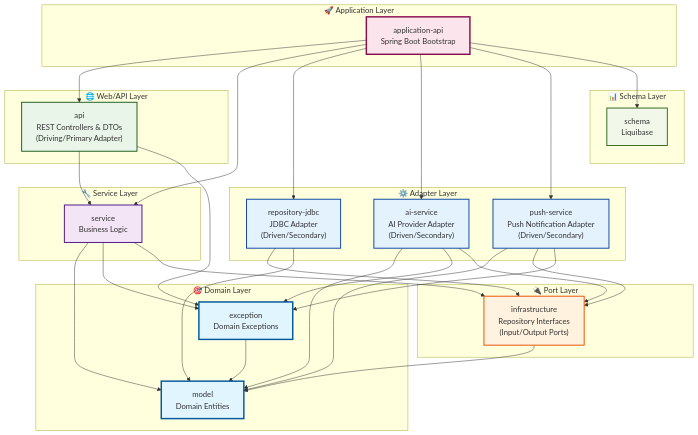
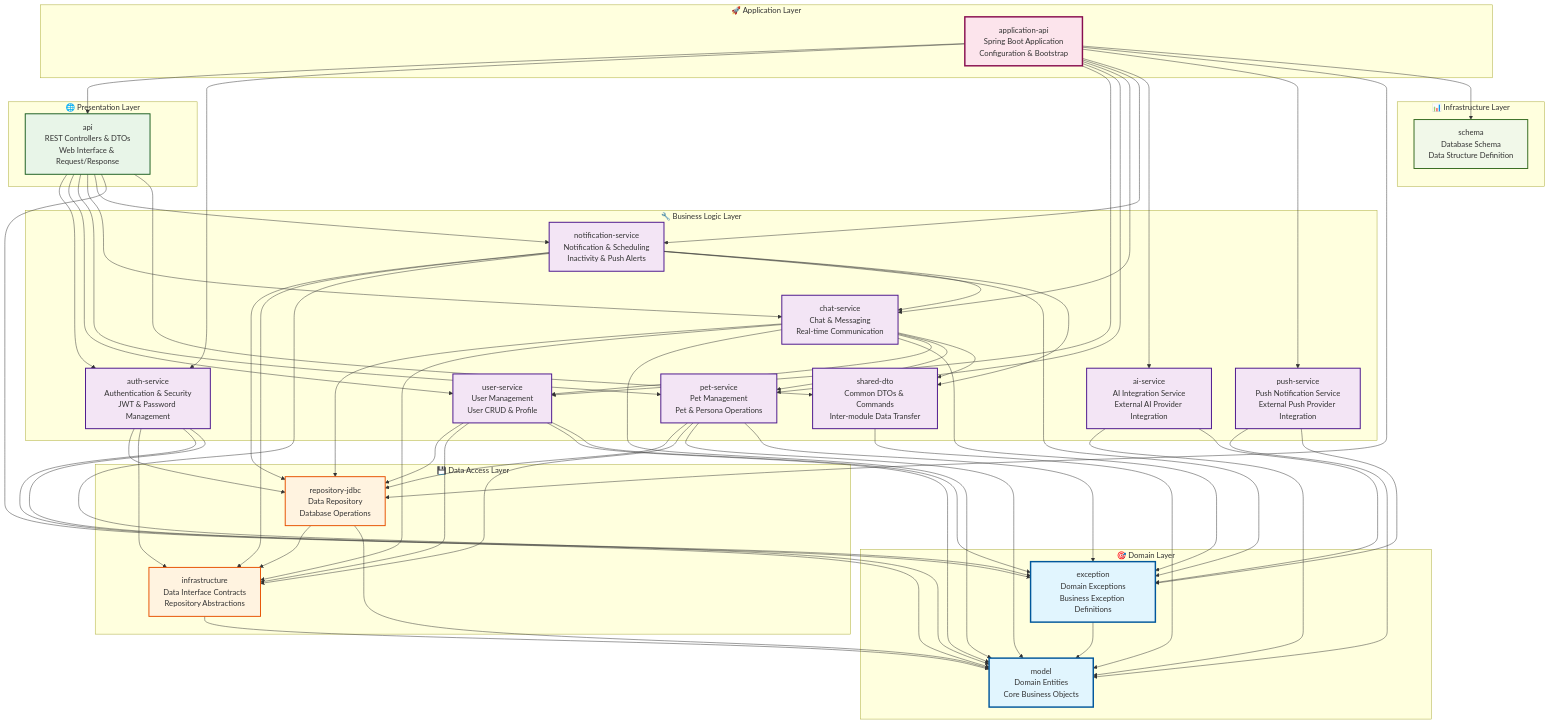
One commit to puppy-talk/puppy-talk-server changed the first of 2 diagrams in docs/module-dependency-diagram.md. Above: the diagram before and after it, drawn with Mermaid. The commit also changed other lines of this file and 6 other files, not shown here.

First line of the commit message:
docs: Add comprehensive layered architecture documentation

````diff
--- a/docs/module-dependency-diagram.md
+++ b/docs/module-dependency-diagram.md
@@ -7,79 +7,114 @@
 ```mermaid
 flowchart TB
     subgraph "🚀 Application Layer"
-        application["application-api<br/>Spring Boot Bootstrap"]
+        application["application-api<br/>Spring Boot Application<br/>Configuration & Bootstrap"]
     end
     
-    subgraph "🌐 Web/API Layer"
-        api["api<br/>REST Controllers & DTOs<br/>(Driving/Primary Adapter)"]
+    subgraph "🌐 Presentation Layer"
+        api["api<br/>REST Controllers & DTOs<br/>Web Interface & Request/Response"]
     end
     
-    subgraph "🔧 Service Layer"
-        service["service<br/>Business Logic"]
+    subgraph "🔧 Business Logic Layer"
+        authService["auth-service<br/>Authentication & Security<br/>JWT & Password Management"]
+        userService["user-service<br/>User Management<br/>User CRUD & Profile"]
+        petService["pet-service<br/>Pet Management<br/>Pet & Persona Operations"]
+        chatService["chat-service<br/>Chat & Messaging<br/>Real-time Communication"]
+        notificationService["notification-service<br/>Notification & Scheduling<br/>Inactivity & Push Alerts"]
+        aiService["ai-service<br/>AI Integration Service<br/>External AI Provider Integration"]
+        pushService["push-service<br/>Push Notification Service<br/>External Push Provider Integration"]
+        sharedDto["shared-dto<br/>Common DTOs & Commands<br/>Inter-module Data Transfer"]
     end
     
-    subgraph "🔌 Port Layer"
-        infrastructure["infrastructure<br/>Repository Interfaces<br/>(Input/Output Ports)"]
-    end
-    
-    subgraph "⚙️ Adapter Layer"
-        repository["repository-jdbc<br/>JDBC Adapter<br/>(Driven/Secondary)"]
-        aiService["ai-service<br/>AI Provider Adapter<br/>(Driven/Secondary)"]
-        pushService["push-service<br/>Push Notification Adapter<br/>(Driven/Secondary)"]
+    subgraph "💾 Data Access Layer"
+        repository["repository-jdbc<br/>Data Repository<br/>Database Operations"]
+        infrastructure["infrastructure<br/>Data Interface Contracts<br/>Repository Abstractions"]
     end
     
     subgraph "🎯 Domain Layer"
-        model["model<br/>Domain Entities"]
-        exception["exception<br/>Domain Exceptions"]
+        model["model<br/>Domain Entities<br/>Core Business Objects"]
+        exception["exception<br/>Domain Exceptions<br/>Business Exception Definitions"]
     end
     
-    subgraph "📊 Schema Layer"
-        schema["schema<br/>Liquibase"]
+    subgraph "📊 Infrastructure Layer"
+        schema["schema<br/>Database Schema<br/>Data Structure Definition"]
     end
 
-    %% Clean Layer Dependencies
+    %% Layered Dependencies (top-down)
     application --> api
-    application --> service
-    application --> repository
+    application --> authService
+    application --> userService
+    application --> petService
+    application --> chatService
+    application --> notificationService
     application --> aiService
     application --> pushService
+    application --> repository
     application --> schema
     
-    api --> service
+    api --> authService
+    api --> userService
+    api --> petService
+    api --> chatService
+    api --> notificationService
     api --> exception
+    api --> sharedDto
     
-    service --> model
-    service --> exception
-    service --> infrastructure
+    authService --> repository
+    authService --> infrastructure
+    authService --> model
+    authService --> exception
+    
+    userService --> repository
+    userService --> infrastructure
+    userService --> model
+    userService --> exception
+    
+    petService --> repository
+    petService --> infrastructure
+    petService --> model
+    petService --> exception
+    
+    chatService --> repository
+    chatService --> infrastructure
+    chatService --> model
+    chatService --> exception
+    chatService --> userService
+    chatService --> petService
+    chatService --> sharedDto
+    
+    notificationService --> repository
+    notificationService --> infrastructure
+    notificationService --> model
+    notificationService --> exception
+    notificationService --> chatService
+    notificationService --> sharedDto
+    
+    aiService --> model
+    aiService --> exception
+    
+    pushService --> model
+    pushService --> exception
+    
+    sharedDto --> model
     
     repository --> infrastructure
     repository --> model
     
-    aiService --> model
-    aiService --> exception
-    aiService --> infrastructure
-    
-    pushService --> model
-    pushService --> infrastructure
-    pushService --> exception
-    
     infrastructure --> model
     exception --> model
 
-    %% Styling
+    %% Styling for Layered Architecture
     classDef applicationLayer fill:#fce4ec,stroke:#880e4f,stroke-width:3px
-    classDef webLayer fill:#e8f5e8,stroke:#1b5e20,stroke-width:2px
-    classDef serviceLayer fill:#f3e5f5,stroke:#4a148c,stroke-width:2px
-    classDef portLayer fill:#fff3e0,stroke:#e65100,stroke-width:2px
-    classDef adapterLayer fill:#e3f2fd,stroke:#0d47a1,stroke-width:2px
+    classDef presentationLayer fill:#e8f5e8,stroke:#1b5e20,stroke-width:2px
+    classDef businessLayer fill:#f3e5f5,stroke:#4a148c,stroke-width:2px
+    classDef dataLayer fill:#fff3e0,stroke:#e65100,stroke-width:2px
     classDef domainLayer fill:#e1f5fe,stroke:#01579b,stroke-width:3px
-    classDef schemaLayer fill:#f1f8e9,stroke:#33691e,stroke-width:2px
+    classDef infrastructureLayer fill:#f1f8e9,stroke:#33691e,stroke-width:2px
     
     class application applicationLayer
-    class api webLayer
-    class service serviceLayer
-    class infrastructure portLayer
-    class repository,aiService,pushService adapterLayer
+    class api presentationLayer
+    class authService,userService,petService,chatService,notificationService,aiService,pushService,sharedDto businessLayer
+    class repository,infrastructure dataLayer
     class model,exception domainLayer
-    class schema schemaLayer
+    class schema infrastructureLayer
 ```
````
